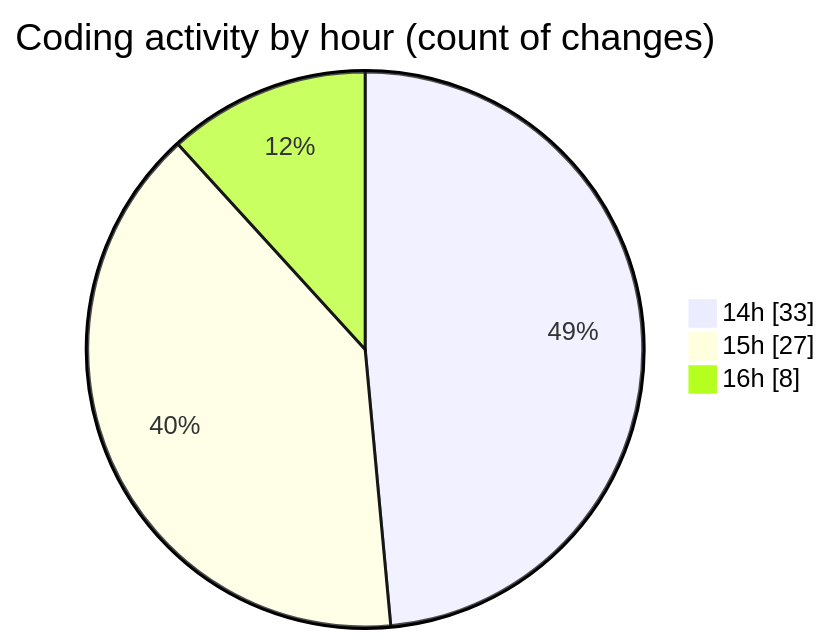
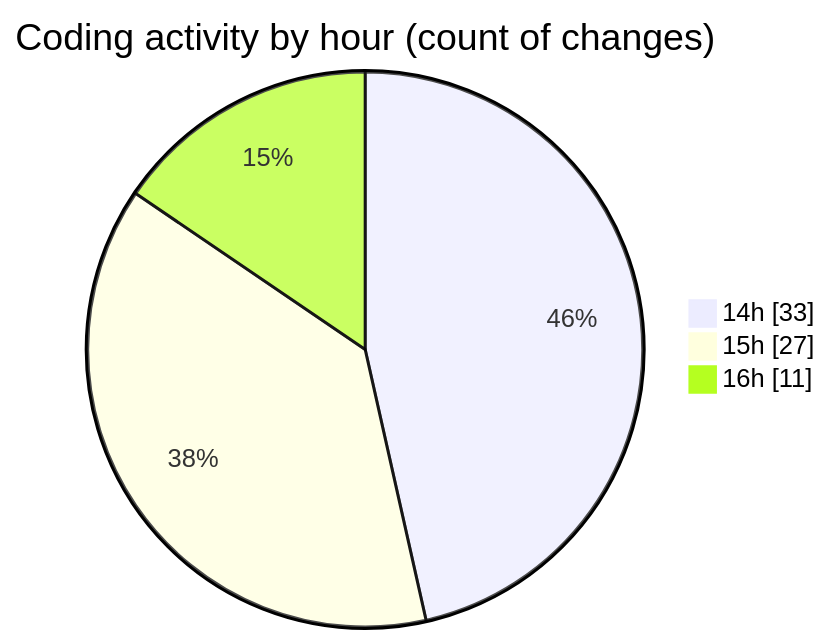
One commit to jadenblack/code-tracking changed the second of 2 diagrams in 2026-03-04/shadcn-admin-kit-main__workspace_/README.md. Above: the diagram before and after it, drawn with Mermaid. The commit also changed other lines of this file and 1 other file, not shown here.

````diff
--- a/2026-03-04/shadcn-admin-kit-main__workspace_/README.md
+++ b/2026-03-04/shadcn-admin-kit-main__workspace_/README.md
@@ -64,7 +65,7 @@
 ```mermaid
 pie showData
 title Coding activity by hour (count of changes)
 "14h" : 33
 "15h" : 27
-"16h" : 8
+"16h" : 11
 ```
````
